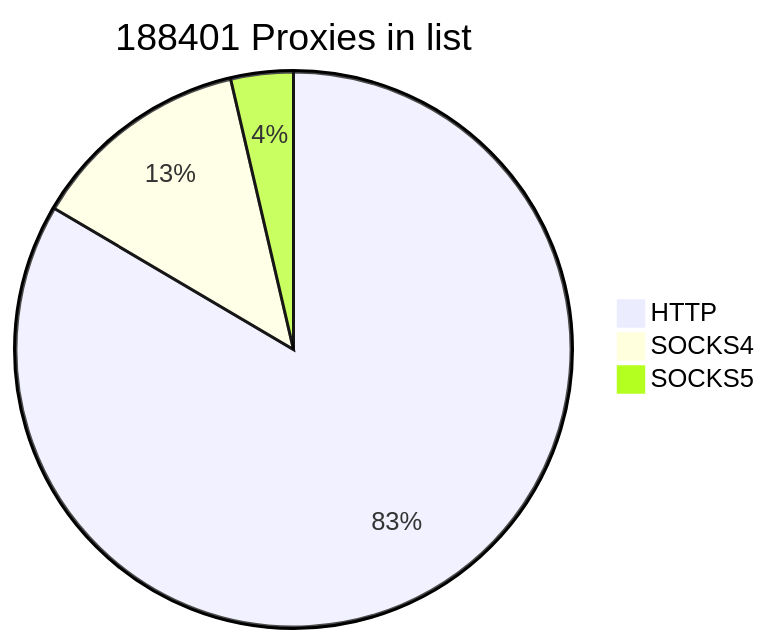
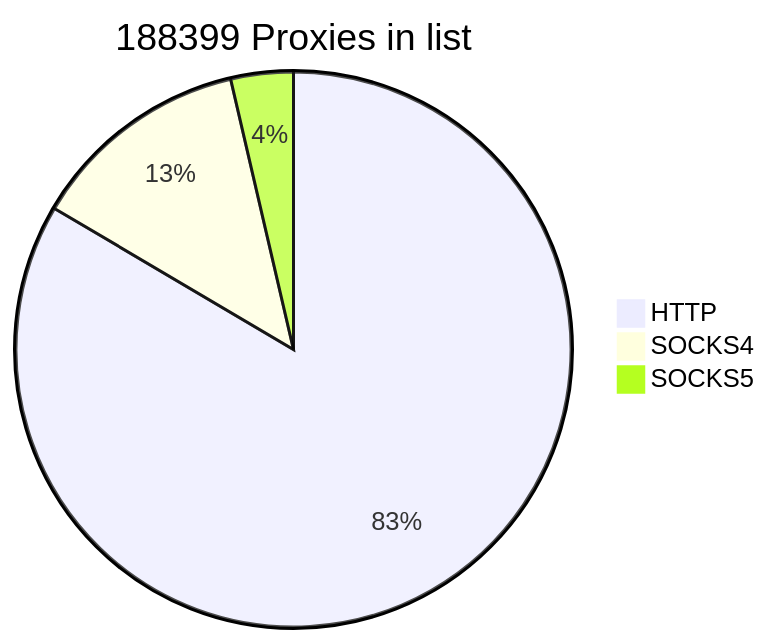
One commit to cutipu/proxylist changed the first of 2 diagrams in README.md. Above: the diagram before and after it, drawn with Mermaid. The commit also changed other lines of this file, not shown here.

````diff
--- a/README.md
+++ b/README.md
@@ -2,7 +2,7 @@
 ```mermaid
-pie title 188401 Proxies in list
+pie title 188399 Proxies in list
     "HTTP" : 157287
-    "SOCKS4" : 24264
+    "SOCKS4" : 24262
     "SOCKS5" : 6850
             
 ```
````
